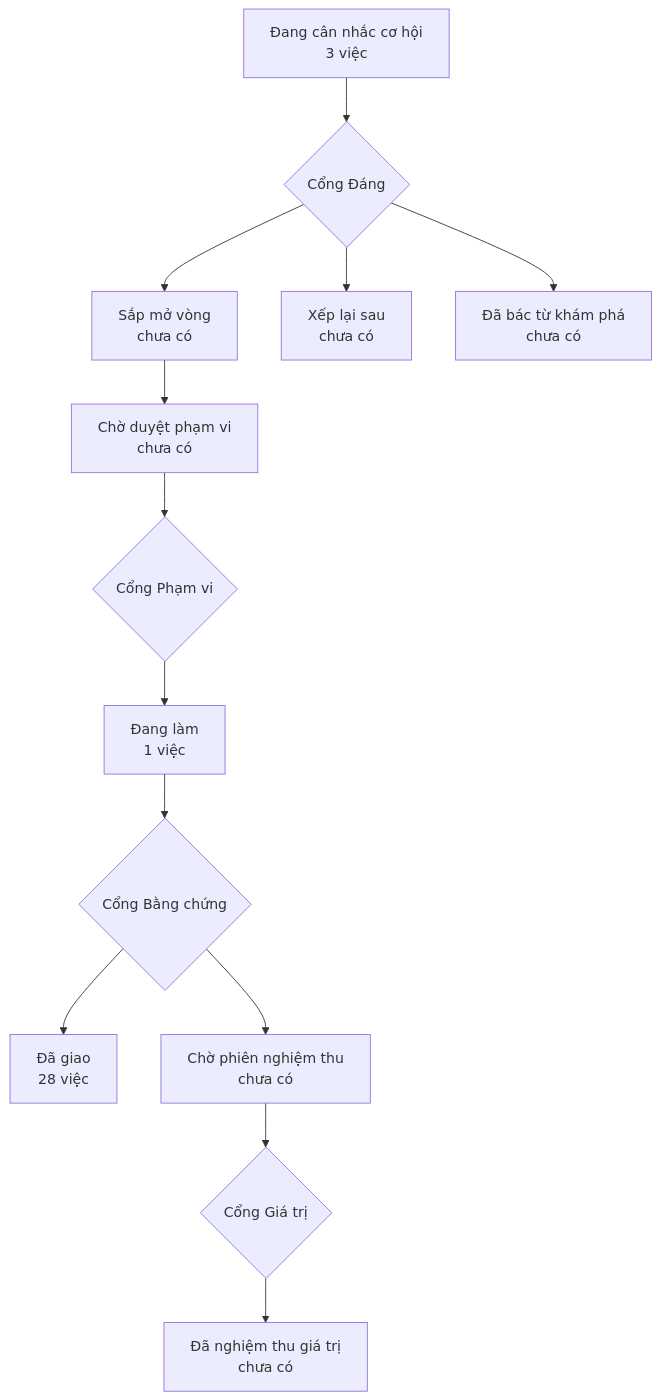
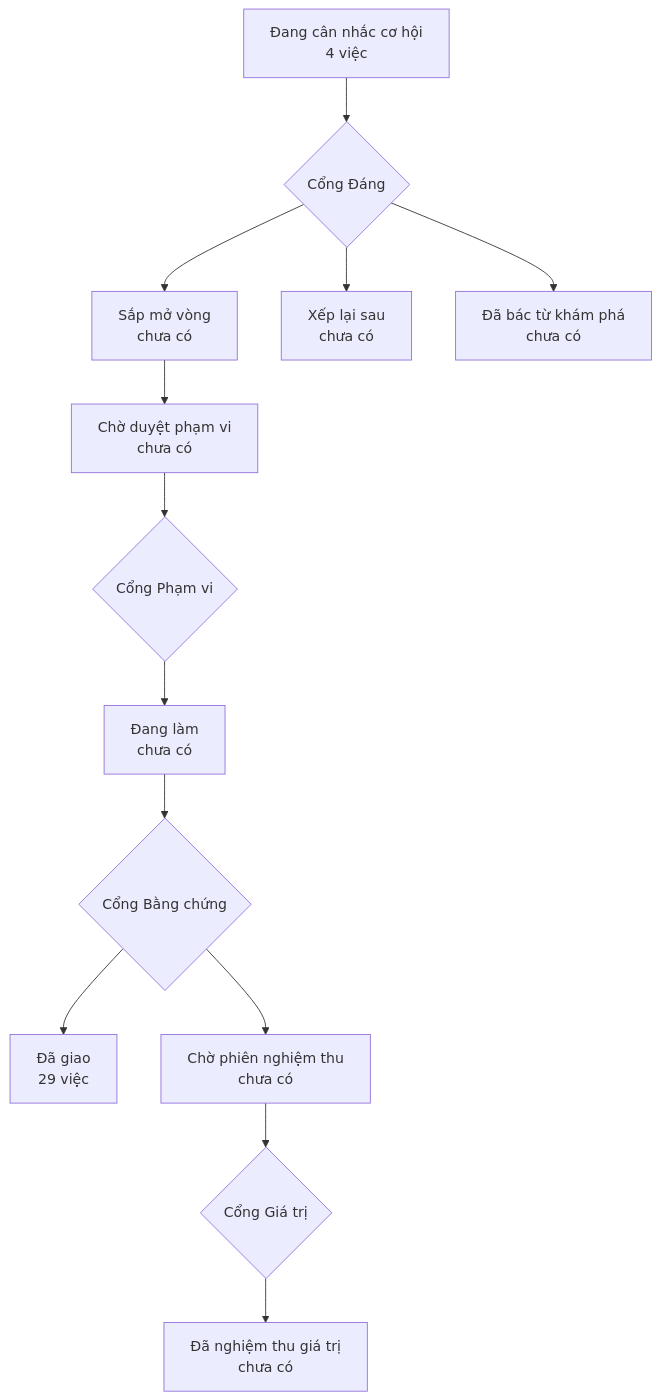
Before and after one commit to phanlemanh/OneFlow: the diagram in PRODUCT-MAP.md, drawn with Mermaid. The commit also changed other lines of this file and 5 other files, not shown here.

````diff
--- a/PRODUCT-MAP.md
+++ b/PRODUCT-MAP.md
@@ -6,12 +6,12 @@
 ```mermaid
 flowchart TD
-  A["Đang cân nhắc cơ hội<br/>3 việc"] --> GD{"Cổng Đáng"}
+  A["Đang cân nhắc cơ hội<br/>4 việc"] --> GD{"Cổng Đáng"}
   GD --> B["Sắp mở vòng<br/>chưa có"]
   GD --> XL["Xếp lại sau<br/>chưa có"]
   GD --> DB["Đã bác từ khám phá<br/>chưa có"]
   B --> CD["Chờ duyệt phạm vi<br/>chưa có"] --> GP{"Cổng Phạm vi"}
-  GP --> DL["Đang làm<br/>1 việc"] --> GB{"Cổng Bằng chứng"}
-  GB --> DG["Đã giao<br/>28 việc"]
+  GP --> DL["Đang làm<br/>chưa có"] --> GB{"Cổng Bằng chứng"}
+  GB --> DG["Đã giao<br/>29 việc"]
   GB --> CN["Chờ phiên nghiệm thu<br/>chưa có"] --> GG{"Cổng Giá trị"}
   GG --> NT["Đã nghiệm thu giá trị<br/>chưa có"]
 ```
````
